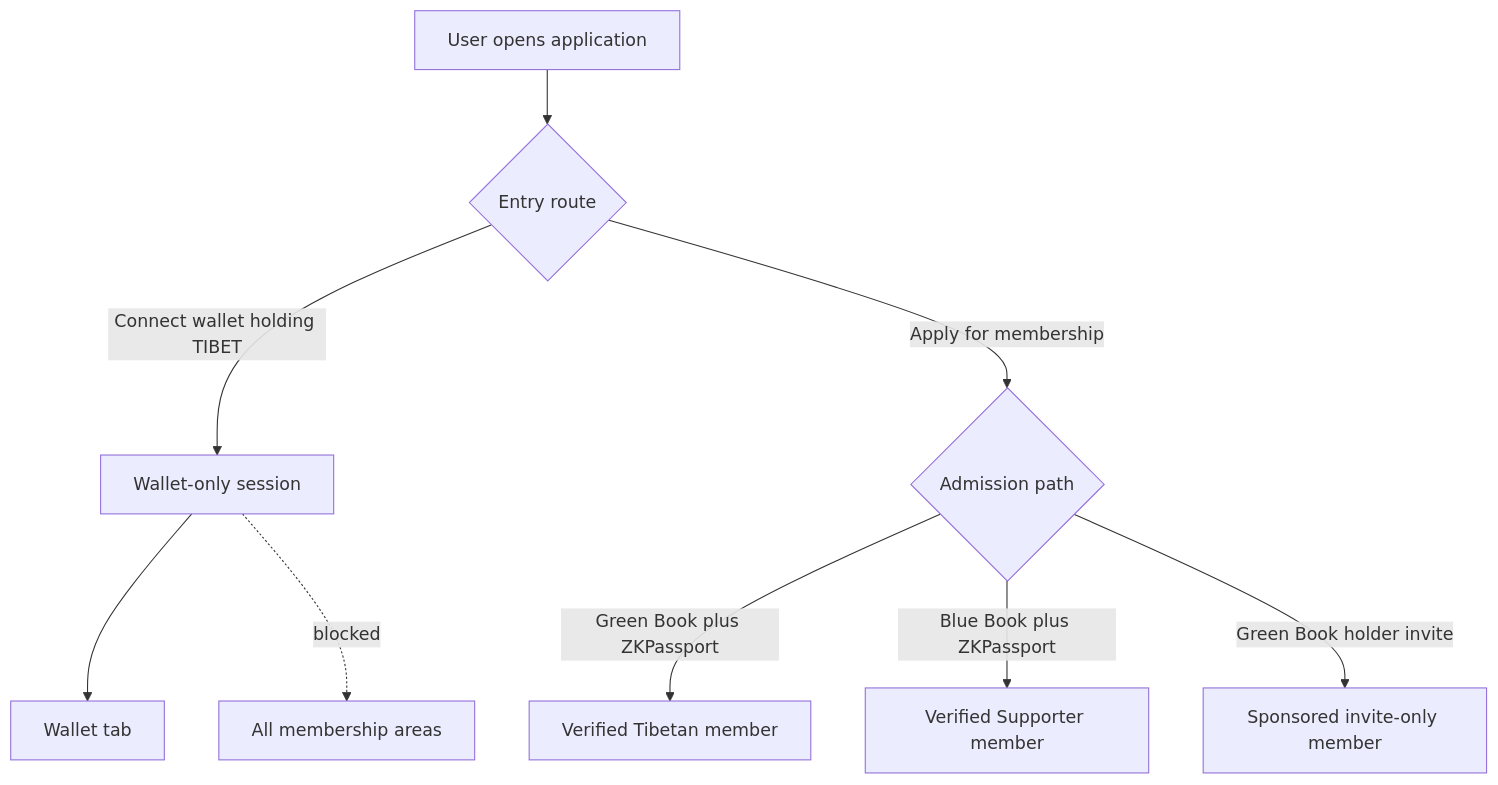
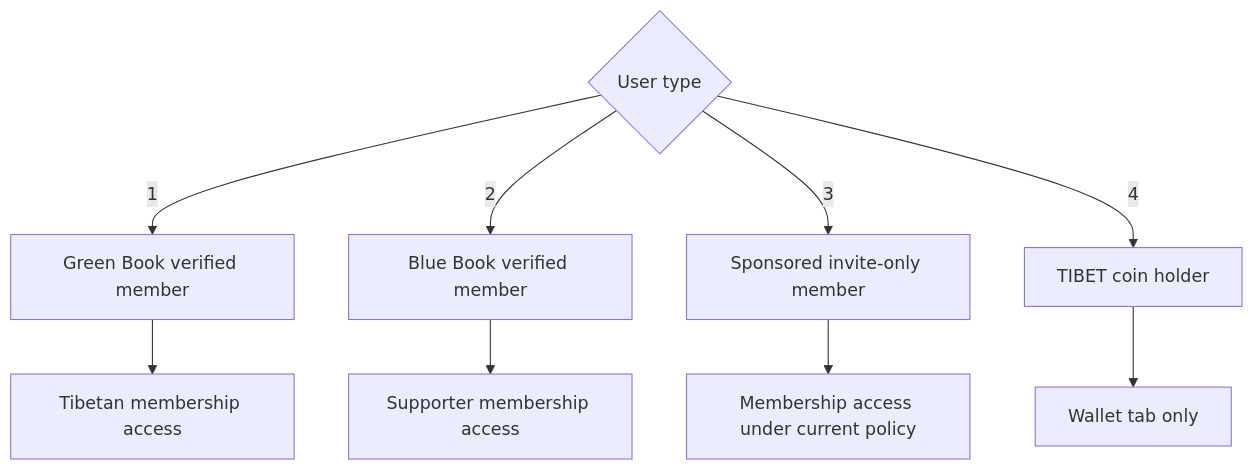
Before and after one commit to AlexJupiter/tibetan-id: the second of 7 diagrams in README.md, drawn with Mermaid. The commit also changed other lines of this file, not shown here.

Commit message:
Simplify architecture and lead with flows

````diff
--- a/README.md
+++ b/README.md
@@ -38,12 +67,11 @@
 ```mermaid
 flowchart TD
-    A[User opens application] --> B{Entry route}
-    B -->|Connect wallet holding TIBET| C[Wallet-only session]
-    C --> D[Wallet tab]
-    C -. blocked .-> E[All membership areas]
-
-    B -->|Apply for membership| F{Admission path}
-    F -->|Green Book plus ZKPassport| G[Verified Tibetan member]
-    F -->|Blue Book plus ZKPassport| H[Verified Supporter member]
-    F -->|Green Book holder invite| I[Sponsored invite-only member]
+    A{User type} -->|1| B[Green Book verified member]
+    A -->|2| C[Blue Book verified member]
+    A -->|3| D[Sponsored invite-only member]
+    A -->|4| E[TIBET coin holder]
+    B --> F[Tibetan membership access]
+    C --> G[Supporter membership access]
+    D --> H[Membership access under current policy]
+    E --> I[Wallet tab only]
 ```
````
